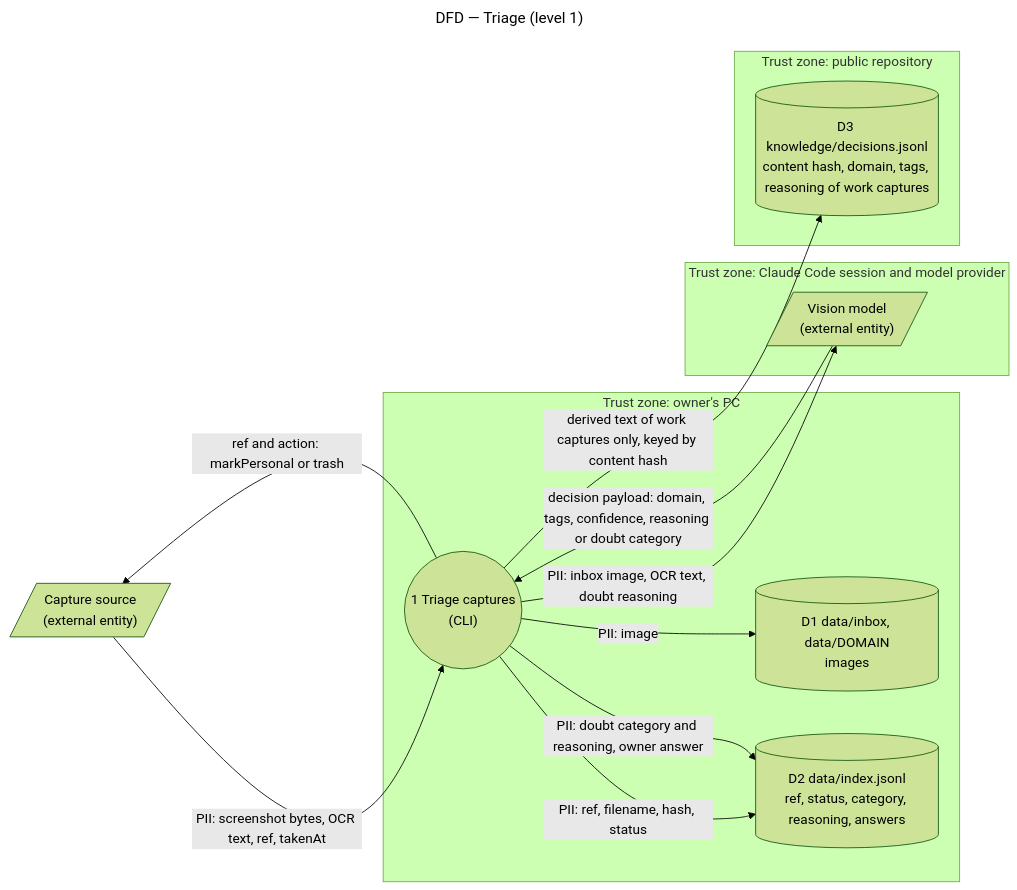
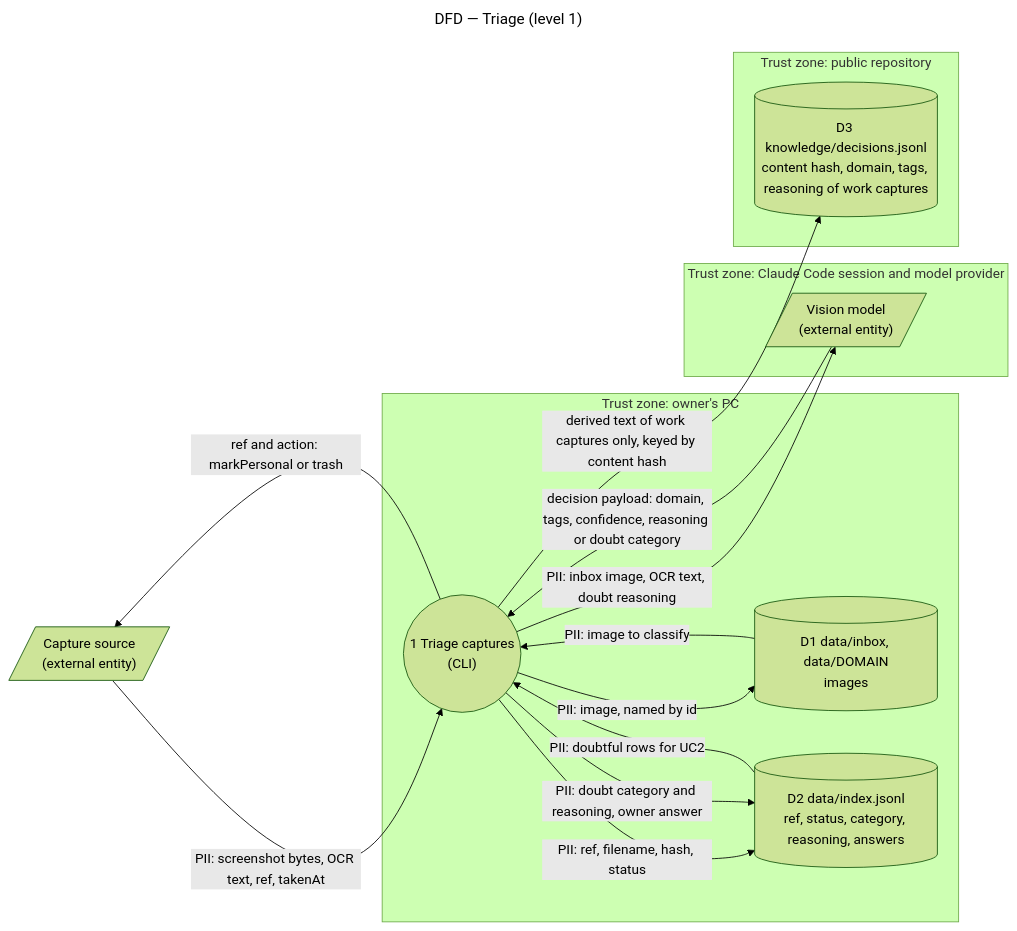
One commit to benoit-bremaud/screenshot-triage changed the diagram in docs/architecture/diagrams/triage/06-data-flow.md. Above: the diagram before and after it, drawn with Mermaid (forest theme). The commit also changed other lines of this file and 10 other files, not shown here.

First line of the commit message:
docs(triage/architecture): name local copies by id and settle duplicates with their original

````diff
--- a/docs/architecture/diagrams/triage/06-data-flow.md
+++ b/docs/architecture/diagrams/triage/06-data-flow.md
@@ -13,26 +13,28 @@
 ```mermaid
 ---
 title: DFD — Triage (level 1)
 ---
 flowchart LR
   Source[/"Capture source<br/>(external entity)"/]
   subgraph PC ["Trust zone: owner's PC"]
     P1(("1 Triage captures<br/>(CLI)"))
     Inbox[("D1 data/inbox, data/DOMAIN<br/>images")]
     Index[("D2 data/index.jsonl<br/>ref, status, category, reasoning, answers")]
   end
   subgraph Provider ["Trust zone: Claude Code session and model provider"]
     Session[/"Vision model<br/>(external entity)"/]
   end
   subgraph Git ["Trust zone: public repository"]
     Log[("D3 knowledge/decisions.jsonl<br/>content hash, domain, tags, reasoning of work captures")]
   end
   Source -->|"PII: screenshot bytes, OCR text, ref, takenAt"| P1
-  P1 -->|"PII: image"| Inbox
+  P1 -->|"PII: image, named by id"| Inbox
+  Inbox -->|"PII: image to classify"| P1
+  Index -->|"PII: doubtful rows for UC2"| P1
   P1 -->|"PII: ref, filename, hash, status"| Index
   P1 -->|"PII: inbox image, OCR text, doubt reasoning"| Session
   Session -->|"decision payload: domain, tags, confidence, reasoning or doubt category"| P1
   P1 -->|"PII: doubt category and reasoning, owner answer"| Index
   P1 -->|"derived text of work captures only, keyed by content hash"| Log
   P1 -->|"ref and action: markPersonal or trash"| Source
 ```
````
